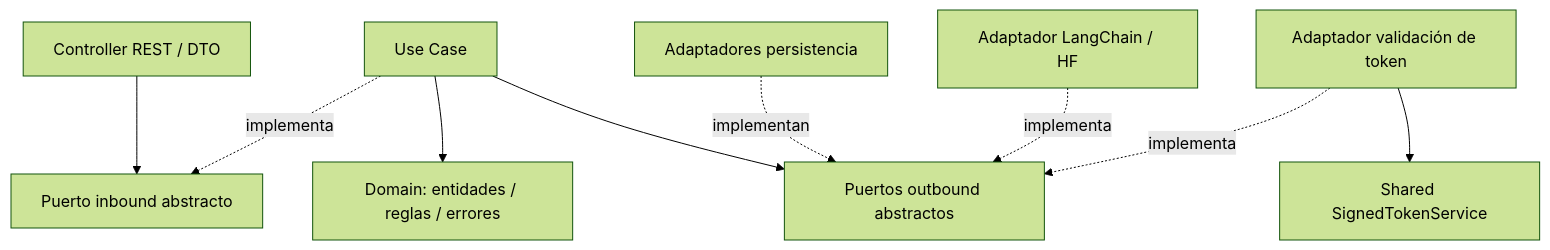
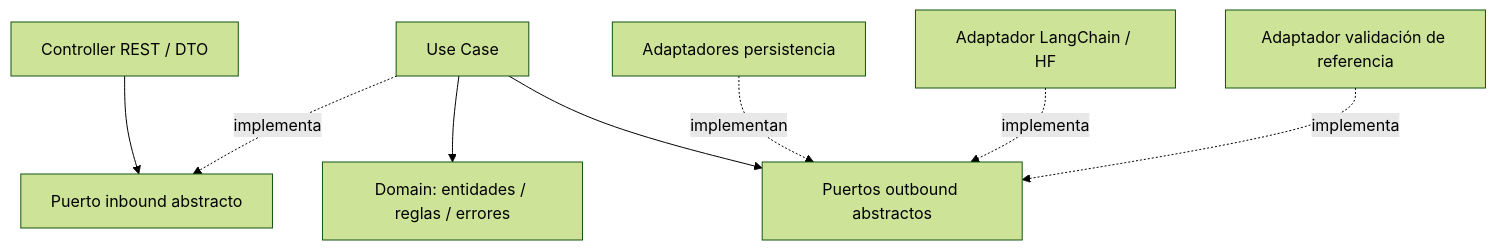
Before and after one commit to eduardoquispe/semantic-phrase-app: the first of 2 diagrams in docs/03-architecture/02-backend-architecture.md, drawn with Mermaid (forest theme). The commit also changed other lines of this file and 7 other files, not shown here.

````diff
--- a/docs/03-architecture/02-backend-architecture.md
+++ b/docs/03-architecture/02-backend-architecture.md
@@ -25,11 +35,10 @@
 ```mermaid
 flowchart TB
     HTTP[Controller REST / DTO] --> IN[Puerto inbound abstracto]
     UC[Use Case] -. implementa .-> IN
     UC --> DOM[Domain: entidades / reglas / errores]
     UC --> OUT[Puertos outbound abstractos]
     REP[Adaptadores persistencia] -. implementan .-> OUT
     EMB[Adaptador LangChain / HF] -. implementa .-> OUT
-    TOK[Adaptador validación de token] -. implementa .-> OUT
-    TOK --> SIGN[Shared SignedTokenService]
+    TOK[Adaptador validación de referencia] -. implementa .-> OUT
 ```
````
